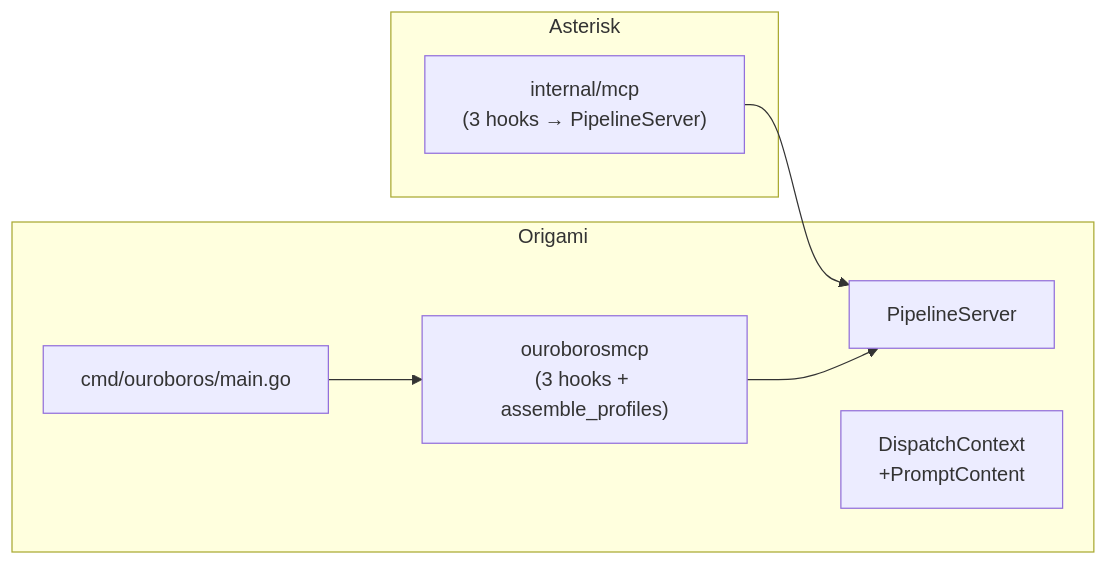
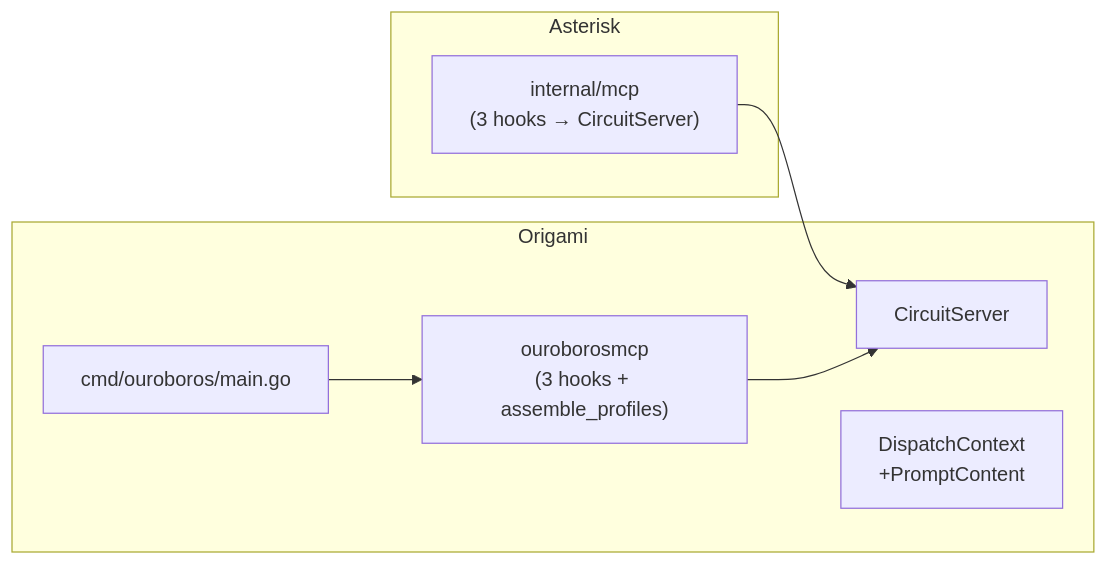
Before and after one commit to dpopsuev/origami: the second of 2 diagrams in .cursor/contracts/completed/framework/migrate-ouroboros-to-marshaller.md, drawn with Mermaid. The commit also changed other lines of this file and 315 other files, not shown here.

````diff
--- a/.cursor/contracts/completed/framework/migrate-ouroboros-to-marshaller.md
+++ b/.cursor/contracts/completed/framework/migrate-ouroboros-to-marshaller.md
@@ -39,15 +39,15 @@
 ```mermaid
 flowchart LR
     subgraph origami [Origami]
-        PS[PipelineServer]
+        PS[CircuitServer]
         DC["DispatchContext\n+PromptContent"]
         OHooks["ouroborosmcp\n(3 hooks + assemble_profiles)"]
         CLI["cmd/ouroboros/main.go"]
     end
     subgraph asterisk [Asterisk]
-        AHooks["internal/mcp\n(3 hooks → PipelineServer)"]
+        AHooks["internal/mcp\n(3 hooks → CircuitServer)"]
     end
     AHooks --> PS
     OHooks --> PS
     CLI --> OHooks
 ```
````
